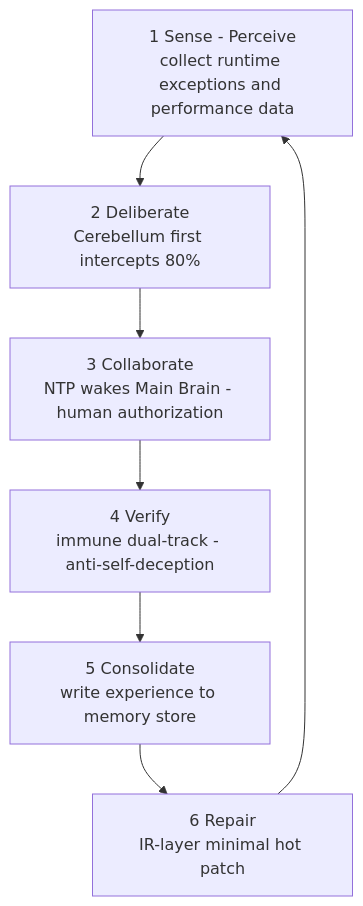
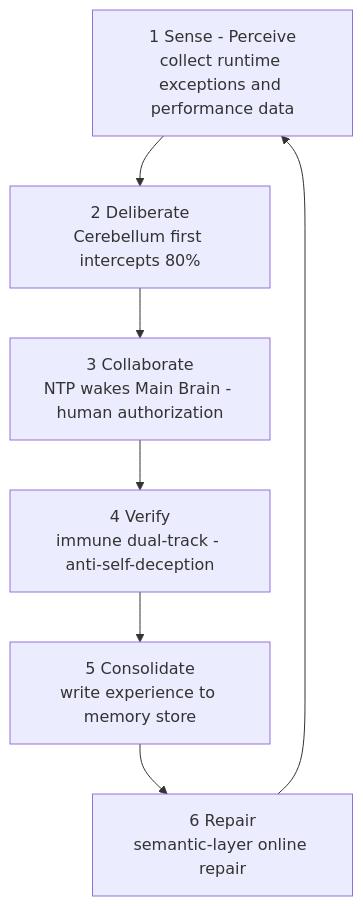
Before and after one commit to pony-029/ane: the seventh of 12 diagrams in ANE-Specification-AI-Native-Engineering-Paradigm.md, drawn with Mermaid. The commit also changed other lines of this file and 5 other files, not shown here.

````diff
--- a/ANE-Specification-AI-Native-Engineering-Paradigm.md
+++ b/ANE-Specification-AI-Native-Engineering-Paradigm.md
@@ -665,9 +784,9 @@
 ```mermaid
 flowchart TB
     A[1 Sense - Perceive<br/>collect runtime exceptions and performance data] --> B[2 Deliberate<br/>Cerebellum first intercepts 80%]
     B --> C[3 Collaborate<br/>NTP wakes Main Brain - human authorization]
     C --> D[4 Verify<br/>immune dual-track - anti-self-deception]
     D --> E[5 Consolidate<br/>write experience to memory store]
-    E --> F[6 Repair<br/>IR-layer minimal hot patch]
+    E --> F[6 Repair<br/>semantic-layer online repair]
     F --> A
 ```
````
